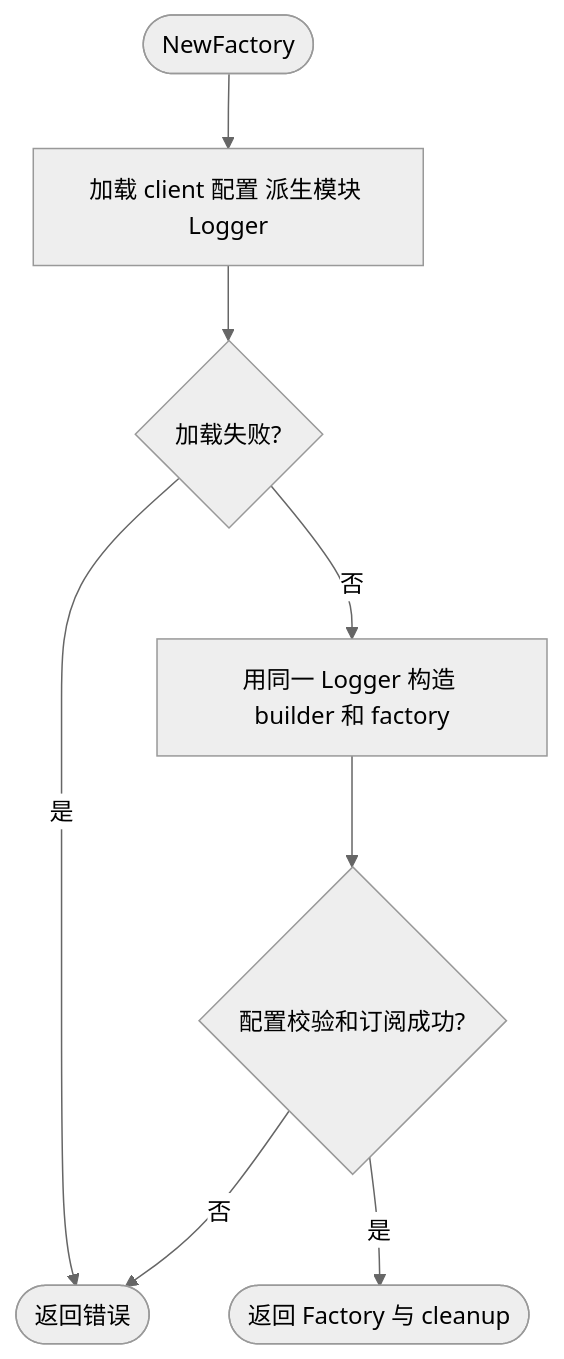
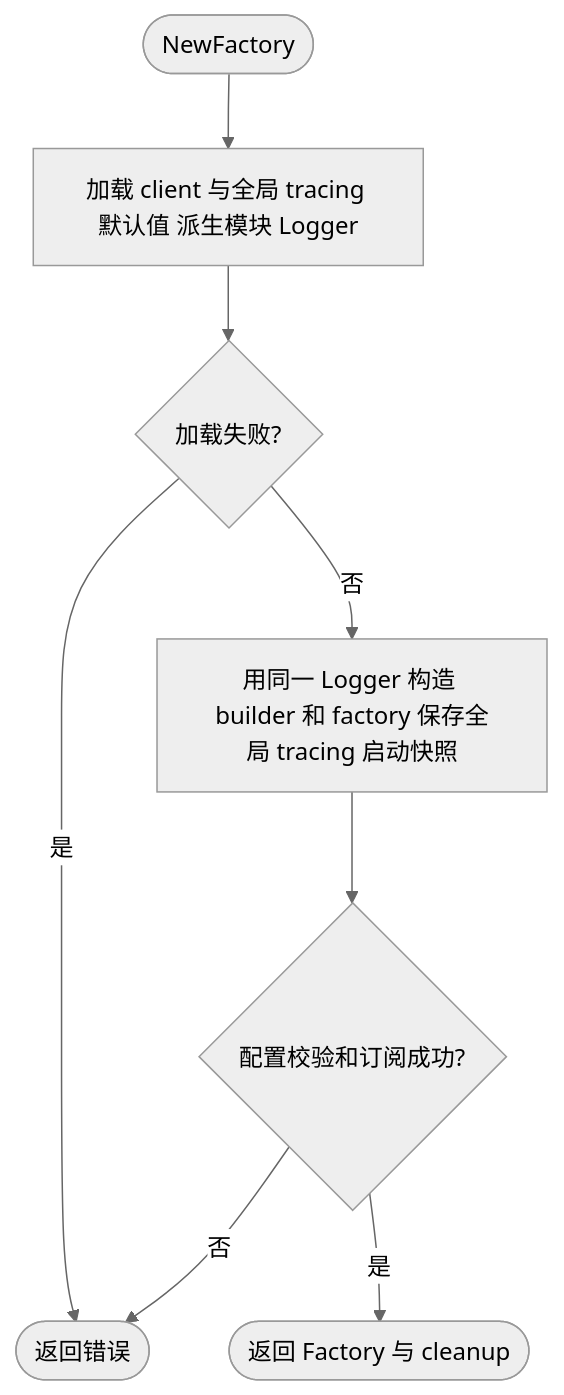
The sixth of 9 diagrams in pkg/client/README.md (jaggerzhuang1994/kratos-foundation), drawn with Mermaid (neutral theme) before and after one commit. The commit also changed other lines of this file and 59 other files, not shown here.

````diff
--- a/pkg/client/README.md
+++ b/pkg/client/README.md
@@ -222,10 +227,10 @@
 ```mermaid
 flowchart TD
-    A([NewFactory]) --> B[加载 client 配置 派生模块 Logger]
+    A([NewFactory]) --> B[加载 client 与全局 tracing 默认值 派生模块 Logger]
     B --> C{加载失败?}
     C -- 是 --> D([返回错误])
-    C -- 否 --> E[用同一 Logger 构造 builder 和 factory]
+    C -- 否 --> E[用同一 Logger 构造 builder 和 factory 保存全局 tracing 启动快照]
     E --> F{配置校验和订阅成功?}
     F -- 否 --> D
     F -- 是 --> G([返回 Factory 与 cleanup])
 ```
````
